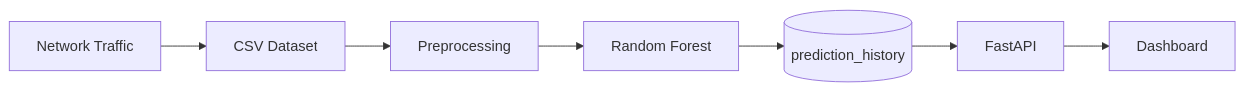
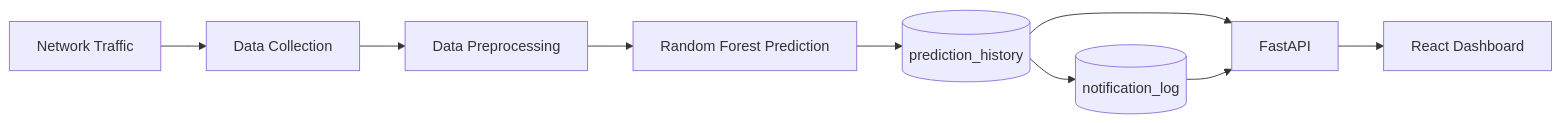
The third of 3 diagrams in README.md (mountaindew93/OracleCloud_IDS), drawn with Mermaid before and after one commit. The commit also changed other lines of this file and 1 other file, not shown here.

````diff
--- a/README.md
+++ b/README.md
@@ -212,17 +266,21 @@
 ```mermaid
 flowchart LR
 
 A[Network Traffic]
 
---> B[CSV Dataset]
+--> B[Data Collection]
 
---> C[Preprocessing]
+--> C[Data Preprocessing]
 
---> D[Random Forest]
+--> D[Random Forest Prediction]
 
 --> E[(prediction_history)]
 
---> F[FastAPI]
+--> F[(notification_log)]
 
---> G[Dashboard]
+E --> G[FastAPI]
+
+F --> G
+
+G --> H[React Dashboard]
 ```
````
